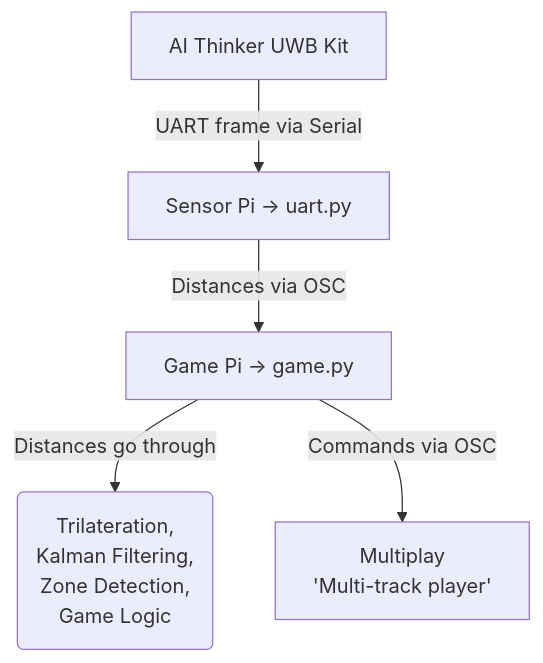
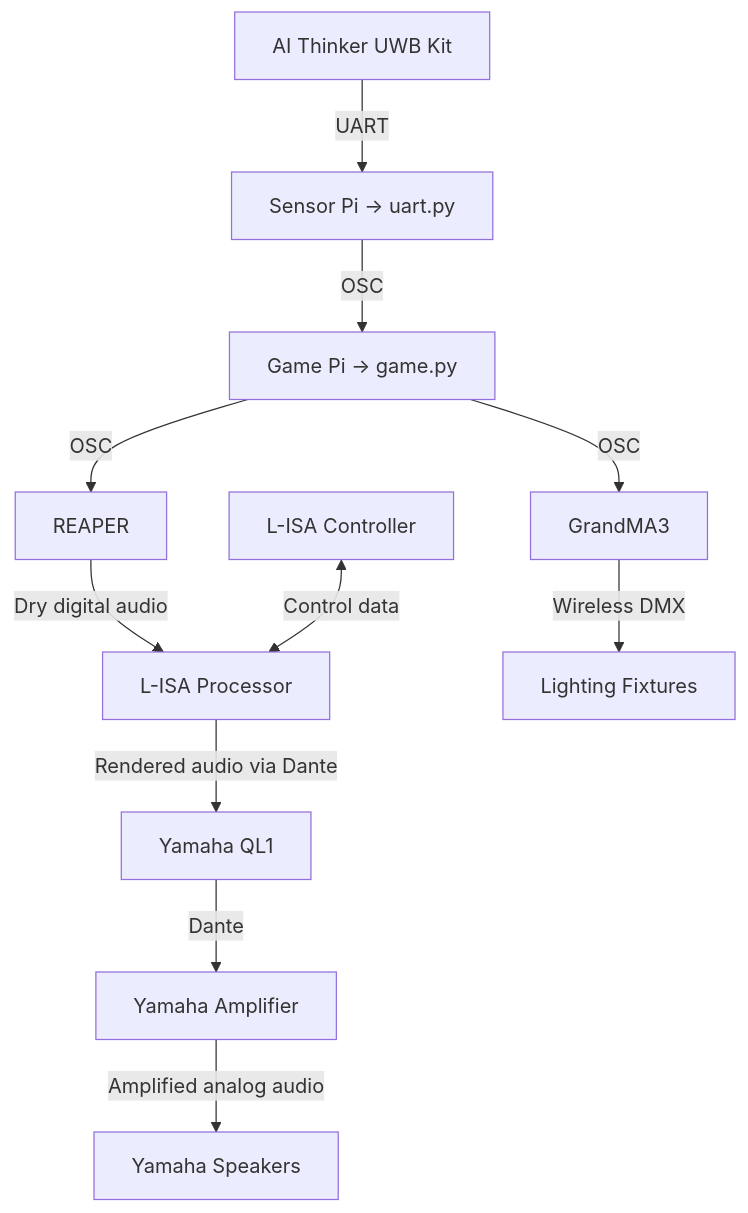
One commit to JoashYeoh/EGL314_Team-A changed the first of 7 diagrams in MVP/docs/architecture.md. Above: the diagram before and after it, drawn with Mermaid. The commit also changed other lines of this file and 17 other files, not shown here.

````diff
--- a/MVP/docs/architecture.md
+++ b/MVP/docs/architecture.md
@@ -6,11 +6,13 @@
 ```mermaid
 flowchart TD
-    A[AI Thinker UWB Kit] -->|UART frame via Serial| B[Sensor Pi -> uart.py]
-    B -->|Distances via OSC| C[Game Pi -> game.py]
-    C -->|Distances go through| D(Trilateration, 
-    Kalman Filtering, 
-    Zone Detection, 
-    Game Logic)
-    C -->|Commands via OSC| E[Multiplay
-    'Multi-track player']
+    A[AI Thinker UWB Kit] -->|UART| B[Sensor Pi -> uart.py]
+    B -->|OSC| C[Game Pi -> game.py]
+    C -->|OSC| D[REAPER]
+    D[REAPER] -->|Dry digital audio| E[L-ISA Processor]
+    F[L-ISA Controller] <-->|Control data| E
+    E -->|Rendered audio via Dante| G[Yamaha QL1]
+    G -->|Dante| H[Yamaha Amplifier]
+    H -->|Amplified analog audio| I[Yamaha Speakers]
+    C -->|OSC| J[GrandMA3]
+    J -->|Wireless DMX| K[Lighting Fixtures]
 ```
````
